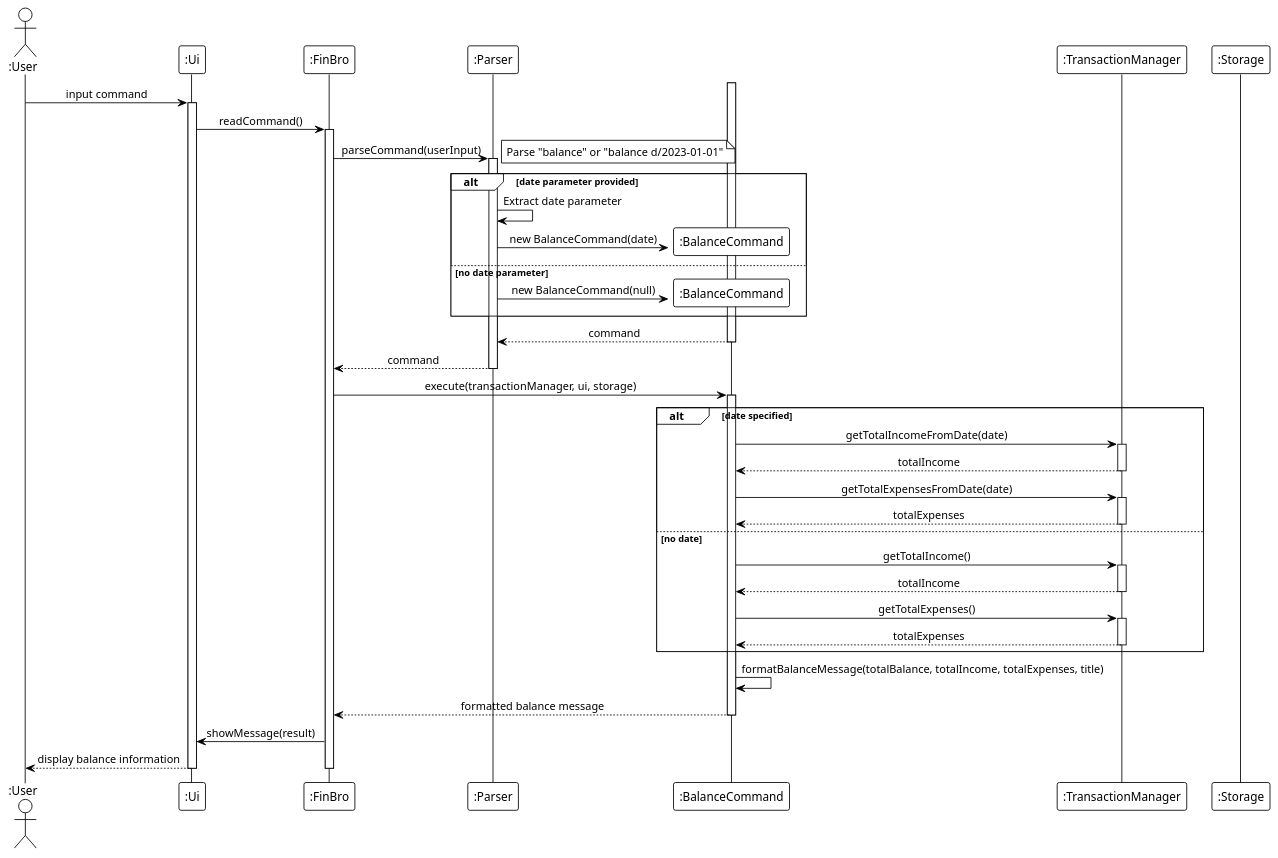
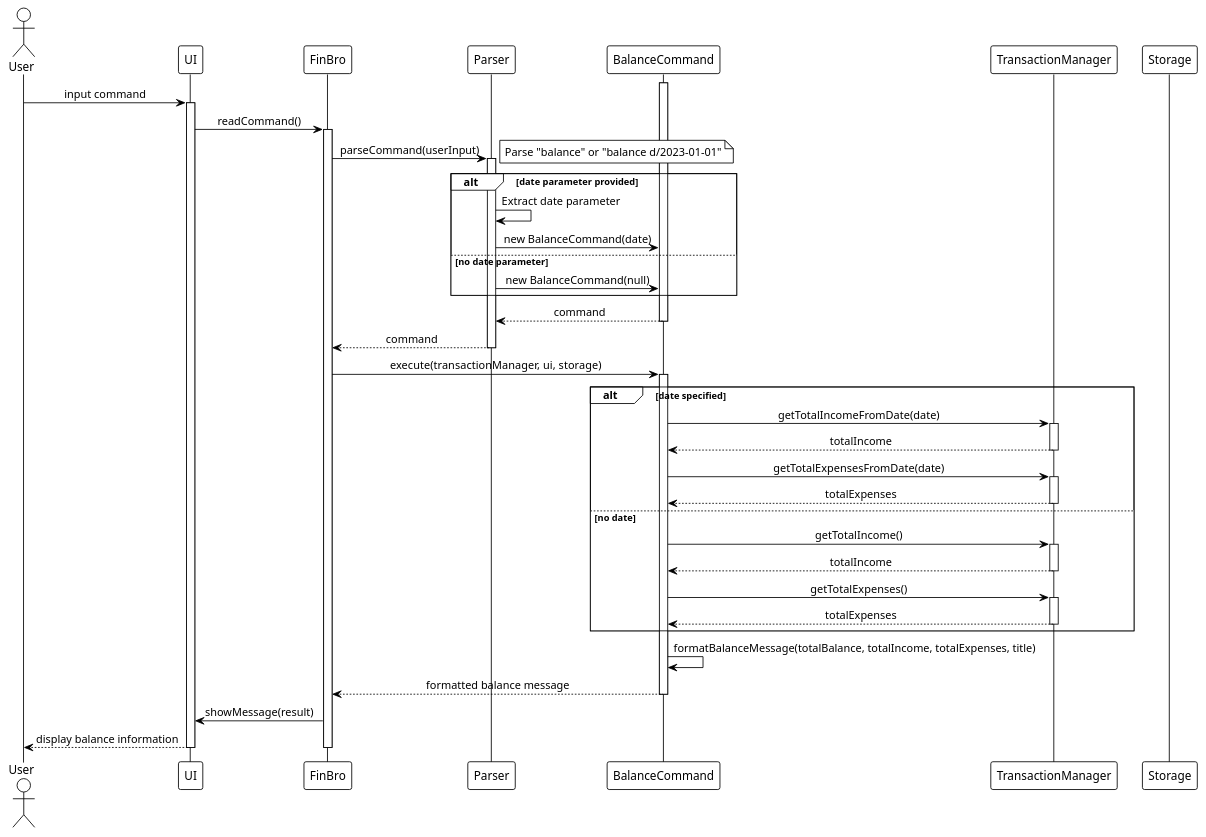
The diagram in docs/diagrams/puml/sequence/sequence-balance.puml (laitcanard05/tp), drawn with PlantUML before and after one commit. The commit also changed 7 other files, not shown here.

Commit message:
fix diagrams

```diff
--- a/docs/diagrams/puml/sequence/sequence-balance.puml
+++ b/docs/diagrams/puml/sequence/sequence-balance.puml
@@ -1,71 +1,71 @@
 @startuml
 !theme plain
 skinparam sequenceMessageAlign center
 skinparam responseMessageBelowArrow true
 
-actor ":User" as User
-participant ":Ui" as UI
-participant ":FinBro" as FinBro
-participant ":Parser" as Parser
-participant ":BalanceCommand" as BalanceCommand
-participant ":TransactionManager" as TransactionMgr
-participant ":Storage" as Storage
+actor "User" as User
+participant "UI" as UI
+participant "FinBro" as FinBro
+participant "Parser" as Parser
+participant "BalanceCommand" as BalanceCommand
+participant "TransactionManager" as TransactionMgr
+participant "Storage" as Storage
 
 User -> UI : input command
 activate UI
 
 UI -> FinBro : readCommand()
 activate FinBro
 
 FinBro -> Parser : parseCommand(userInput)
 activate Parser
 note right: Parse "balance" or "balance d/2023-01-01"
 
 alt date parameter provided
     Parser -> Parser : Extract date parameter
-    Parser -> BalanceCommand** : new BalanceCommand(date)
+    Parser -> BalanceCommand : new BalanceCommand(date)
 else no date parameter
-    Parser -> BalanceCommand** : new BalanceCommand(null)
+    Parser -> BalanceCommand : new BalanceCommand(null)
 end
 
 activate BalanceCommand
 BalanceCommand --> Parser : command
 deactivate BalanceCommand
 Parser --> FinBro : command
 deactivate Parser
 
 FinBro -> BalanceCommand : execute(transactionManager, ui, storage)
 activate BalanceCommand
 
 alt date specified
     BalanceCommand -> TransactionMgr : getTotalIncomeFromDate(date)
     activate TransactionMgr
     TransactionMgr --> BalanceCommand : totalIncome
     deactivate TransactionMgr
 
     BalanceCommand -> TransactionMgr : getTotalExpensesFromDate(date)
     activate TransactionMgr
     TransactionMgr --> BalanceCommand : totalExpenses
     deactivate TransactionMgr
 else no date
     BalanceCommand -> TransactionMgr : getTotalIncome()
     activate TransactionMgr
     TransactionMgr --> BalanceCommand : totalIncome
     deactivate TransactionMgr
 
     BalanceCommand -> TransactionMgr : getTotalExpenses()
     activate TransactionMgr
     TransactionMgr --> BalanceCommand : totalExpenses
     deactivate TransactionMgr
 end
 
 BalanceCommand -> BalanceCommand : formatBalanceMessage(totalBalance, totalIncome, totalExpenses, title)
 BalanceCommand --> FinBro : formatted balance message
 deactivate BalanceCommand
 
 FinBro -> UI : showMessage(result)
 UI --> User : display balance information
 deactivate UI
 deactivate FinBro
 
 @enduml
```
